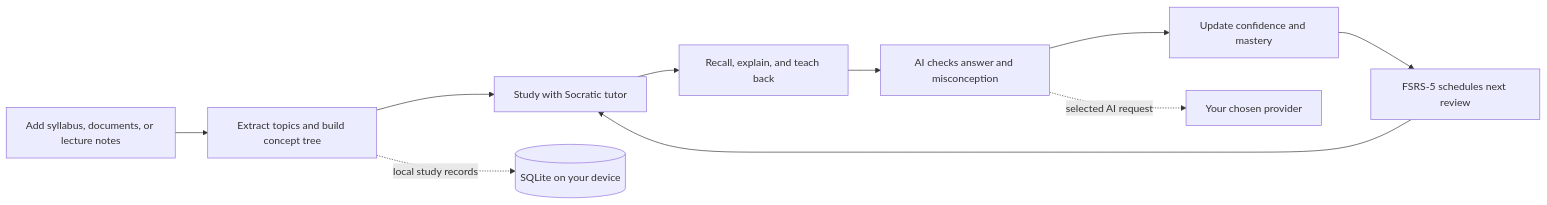
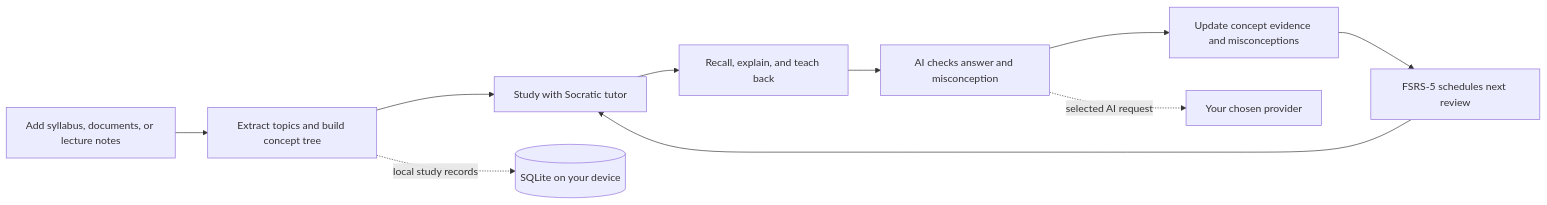
Before and after one commit to robcarlson006/neuron: the diagram in README.md, drawn with Mermaid. The commit also changed other lines of this file and 32 other files, not shown here.

````diff
--- a/README.md
+++ b/README.md
@@ -36,12 +36,12 @@
 ```mermaid
 flowchart LR
     A[Add syllabus, documents, or lecture notes] --> B[Extract topics and build concept tree]
     B --> C[Study with Socratic tutor]
     C --> D[Recall, explain, and teach back]
     D --> E[AI checks answer and misconception]
-    E --> F[Update confidence and mastery]
+    E --> F[Update concept evidence and misconceptions]
     F --> G[FSRS-5 schedules next review]
     G --> C
     B -. local study records .-> H[(SQLite on your device)]
     E -. selected AI request .-> I[Your chosen provider]
 ```
````
